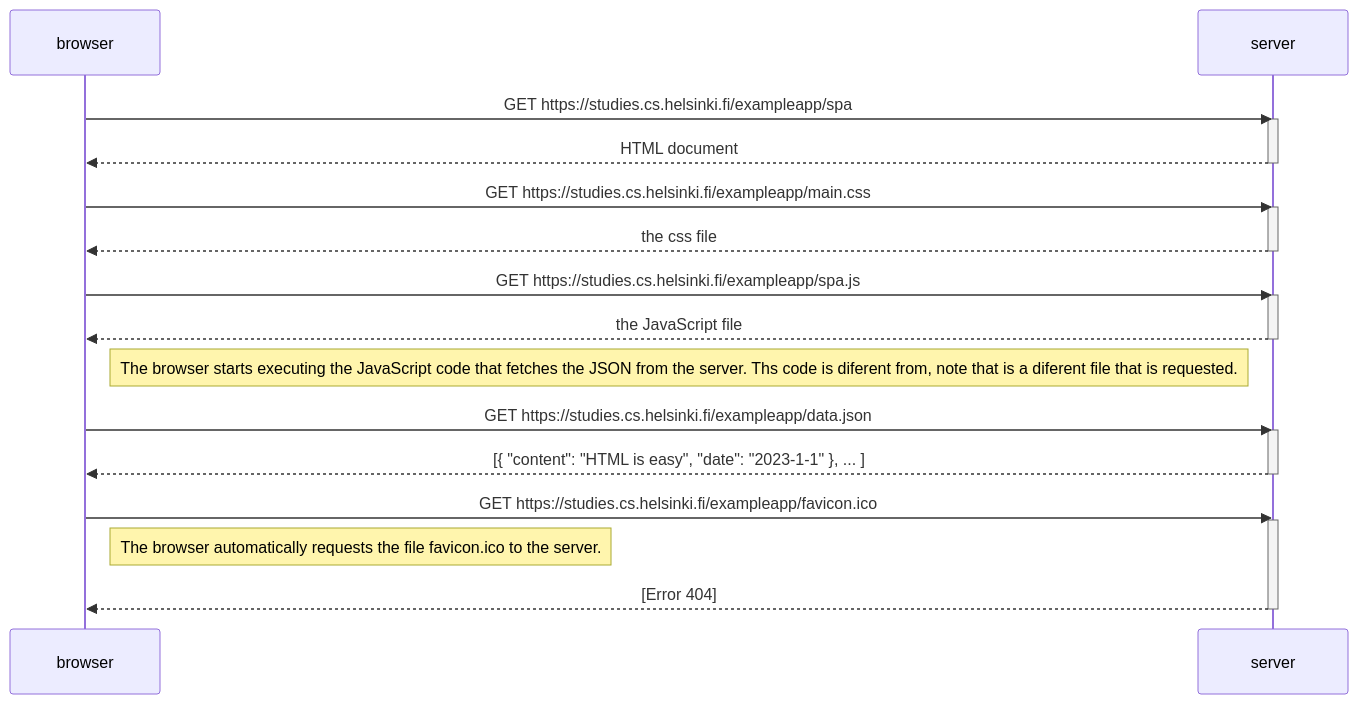
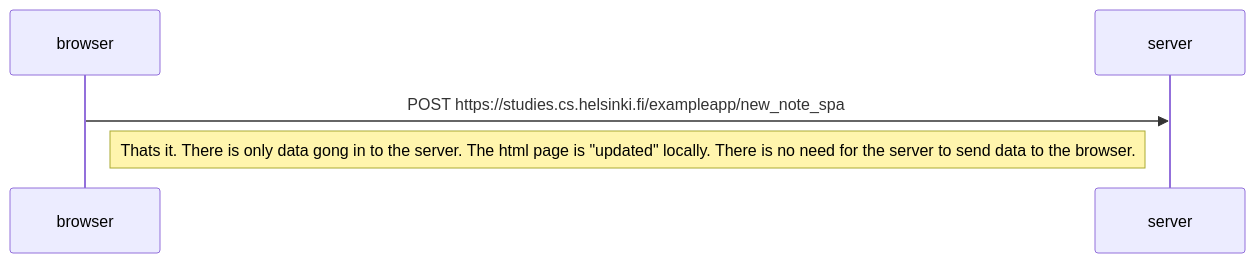
One commit to Temistocles17/Temistocles17.github.io changed the diagram in Readme.md. Above: the diagram before and after it, drawn with Mermaid.

````diff
--- a/Readme.md
+++ b/Readme.md
@@ -1,35 +1,11 @@
 ```mermaid
 sequenceDiagram
     participant browser
     participant server
 
-    browser->>server: GET https://studies.cs.helsinki.fi/exampleapp/spa
-    activate server
-    server-->>browser: HTML document
-    deactivate server
-
-    browser->>server: GET https://studies.cs.helsinki.fi/exampleapp/main.css
-    activate server
-    server-->>browser: the css file
-    deactivate server
-
-    browser->>server: GET https://studies.cs.helsinki.fi/exampleapp/spa.js
-    activate server
-    server-->>browser: the JavaScript file
-    deactivate server
-
-    Note right of browser: The browser starts executing the JavaScript code that fetches the JSON from the server. Ths code is diferent from, note that is a diferent file that is requested.
-
-    browser->>server: GET https://studies.cs.helsinki.fi/exampleapp/data.json
-    activate server
-    server-->>browser: [{ "content": "HTML is easy", "date": "2023-1-1" }, ... ]
-    deactivate server
-
-    browser->>server: GET https://studies.cs.helsinki.fi/exampleapp/favicon.ico
+    browser->>server: POST https://studies.cs.helsinki.fi/exampleapp/new_note_spa
     activate server
 
-    Note right of browser: The browser automatically requests the file favicon.ico to the server.
 
-    server-->>browser: [Error 404]
-    deactivate server
+    Note right of browser: Thats it. There is only data gong in to the server. The html page is "updated" locally. There is no need for the server to send data to the browser. 
 ```
````
